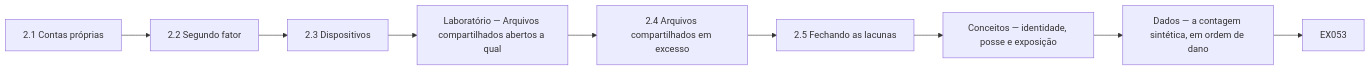
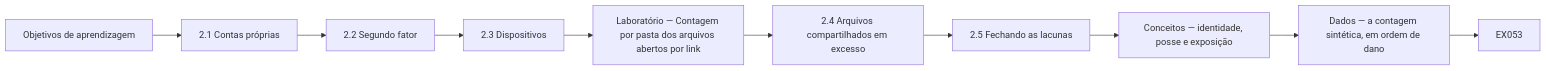
The second of 2 diagrams in levels/rapid-1-month/information-security/pt/book/MANUSCRIPT.md (hiagokinlevi/CyKin), drawn with Mermaid before and after one commit. The commit also changed other lines of this file and 1 other file, not shown here.

````diff
--- a/levels/rapid-1-month/information-security/pt/book/MANUSCRIPT.md
+++ b/levels/rapid-1-month/information-security/pt/book/MANUSCRIPT.md
@@ -41,12 +46,13 @@
 ```mermaid
 flowchart LR
-  N0["2.1 Contas próprias"]
-  N1["2.2 Segundo fator"]
-  N2["2.3 Dispositivos"]
-  N3["Laboratório — Arquivos compartilhados abertos a qual"]
-  N4["2.4 Arquivos compartilhados em excesso"]
-  N5["2.5 Fechando as lacunas"]
-  N6["Conceitos — identidade, posse e exposição"]
-  N7["Dados — a contagem sintética, em ordem de dano"]
-  N0 --> N1 --> N2 --> N3 --> N4 --> N5 --> N6 --> N7 --> Q["EX053"]
+  N0["Objetivos de aprendizagem"]
+  N1["2.1 Contas próprias"]
+  N2["2.2 Segundo fator"]
+  N3["2.3 Dispositivos"]
+  N4["Laboratório — Contagem por pasta dos arquivos abertos por link"]
+  N5["2.4 Arquivos compartilhados em excesso"]
+  N6["2.5 Fechando as lacunas"]
+  N7["Conceitos — identidade, posse e exposição"]
+  N8["Dados — a contagem sintética, em ordem de dano"]
+  N0 --> N1 --> N2 --> N3 --> N4 --> N5 --> N6 --> N7 --> N8 --> Q["EX053"]
 ```
````
